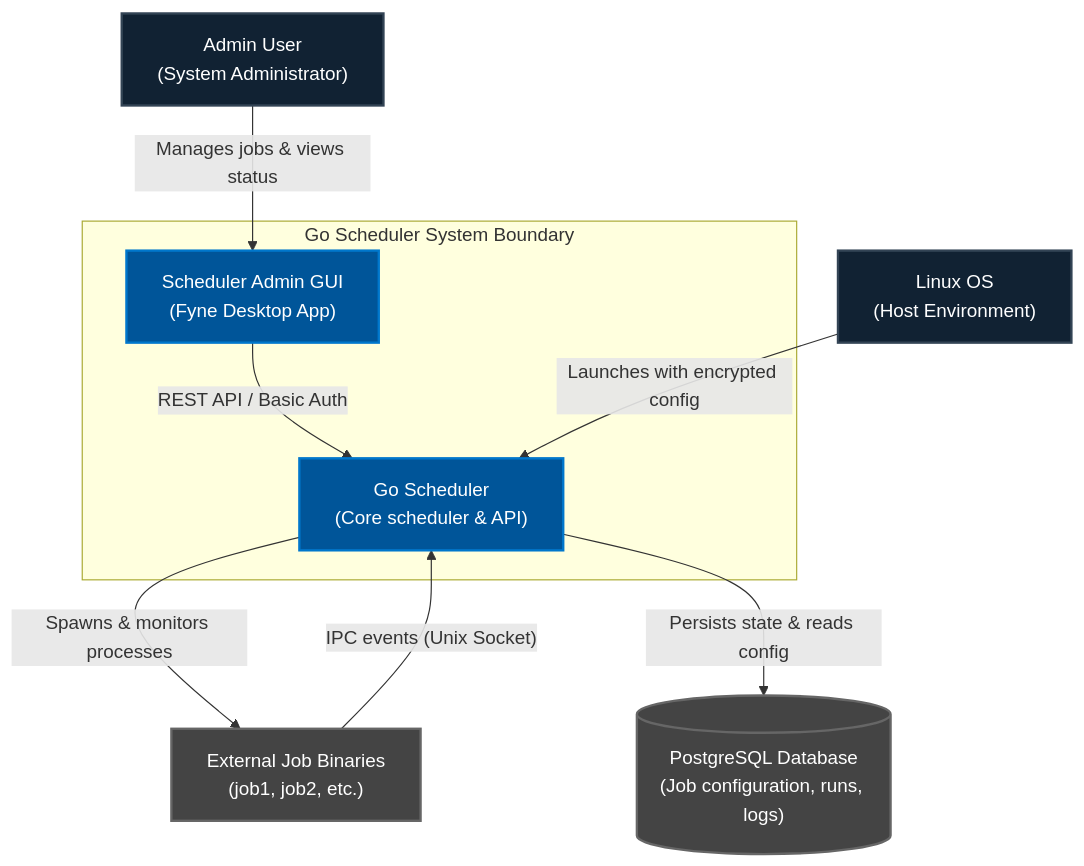
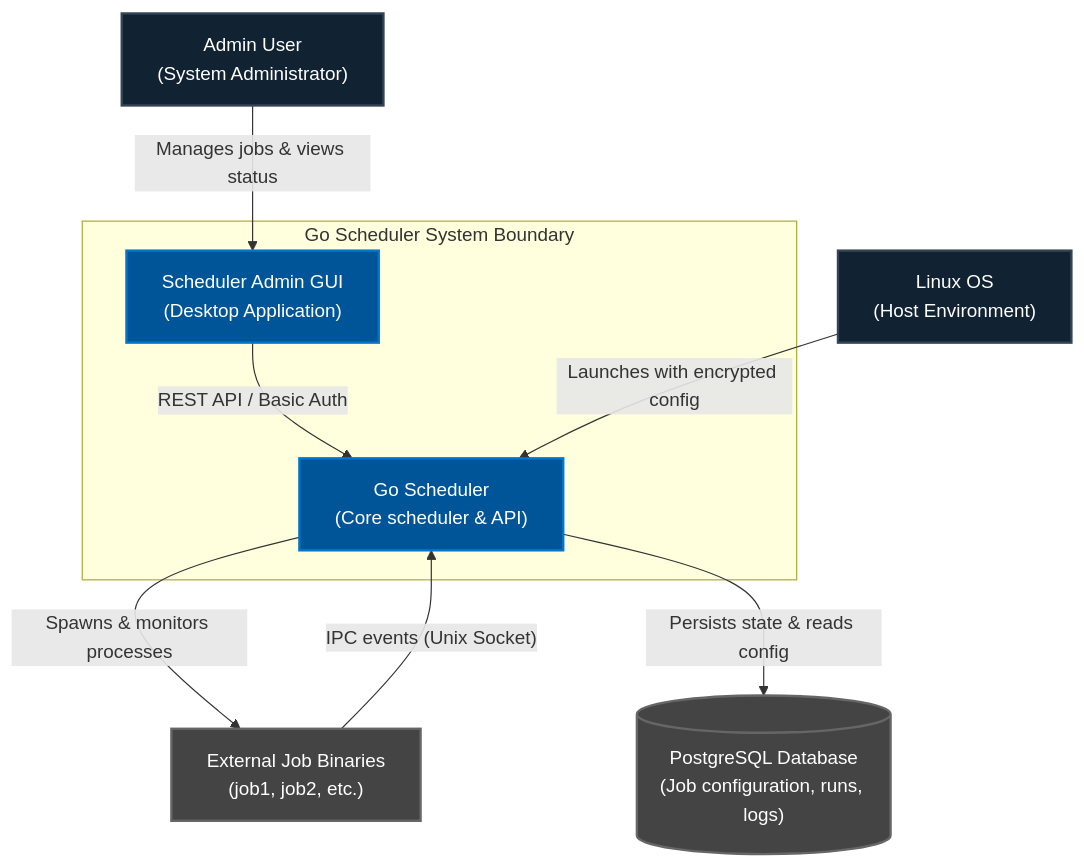
Before and after one commit to Zheng-Bote/go_scheduler: the first of 2 diagrams in docs/architecture/README.md, drawn with Mermaid.

Commit message:
Update GUI app description in architecture README

````diff
--- a/docs/architecture/README.md
+++ b/docs/architecture/README.md
@@ -13,28 +13,28 @@
 ```mermaid
 flowchart TB
     admin["Admin User\n(System Administrator)"]
     os["Linux OS\n(Host Environment)"]
 
     subgraph system_boundary ["Go Scheduler System Boundary"]
         scheduler_sys["Go Scheduler\n(Core scheduler & API)"]
-        gui_app["Scheduler Admin GUI\n(Fyne Desktop App)"]
+        gui_app["Scheduler Admin GUI\n(Desktop Application)"]
     end
 
     jobs["External Job Binaries\n(job1, job2, etc.)"]
     db[("PostgreSQL Database\n(Job configuration, runs, logs)")]
 
     admin -->|"Manages jobs & views status"| gui_app
     gui_app -->|"REST API / Basic Auth"| scheduler_sys
     os -->|"Launches with encrypted config"| scheduler_sys
     scheduler_sys -->|"Spawns & monitors processes"| jobs
     jobs -->|"IPC events (Unix Socket)"| scheduler_sys
     scheduler_sys -->|"Persists state & reads config"| db
 
     classDef actor fill:#112233,stroke:#334455,stroke-width:2px,color:#fff;
     classDef system fill:#005599,stroke:#0077cc,stroke-width:2px,color:#fff;
     classDef ext fill:#444444,stroke:#666666,stroke-width:2px,color:#fff;
 
     class admin,os actor;
     class scheduler_sys,gui_app system;
     class jobs,db ext;
 ```
````
